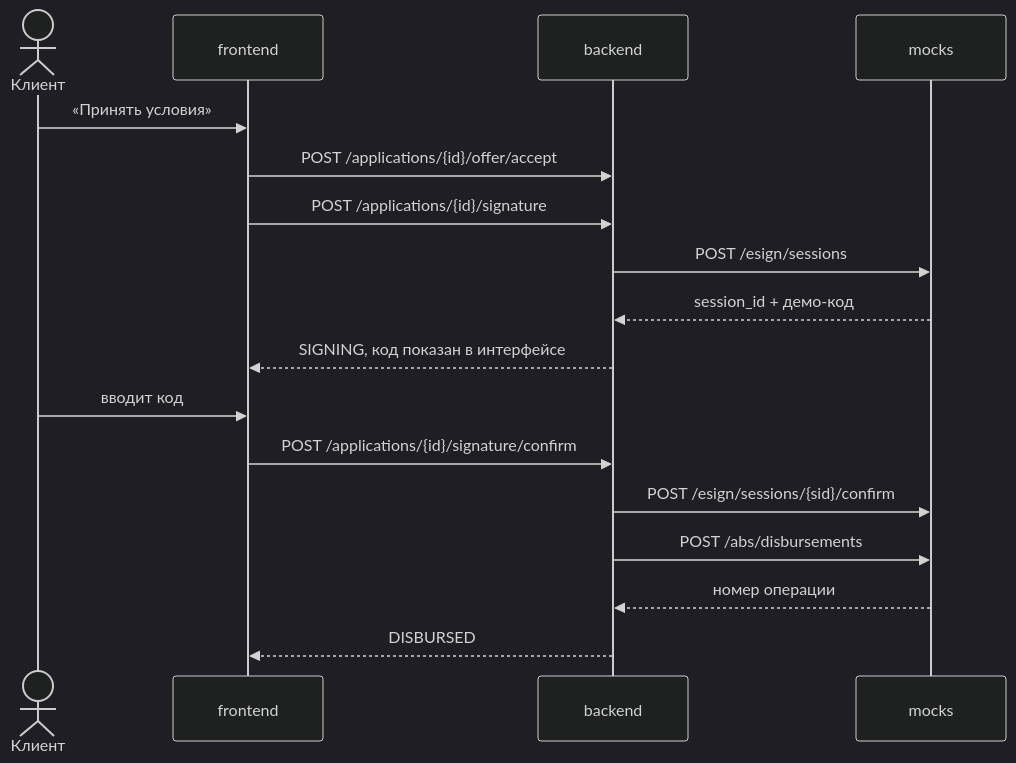
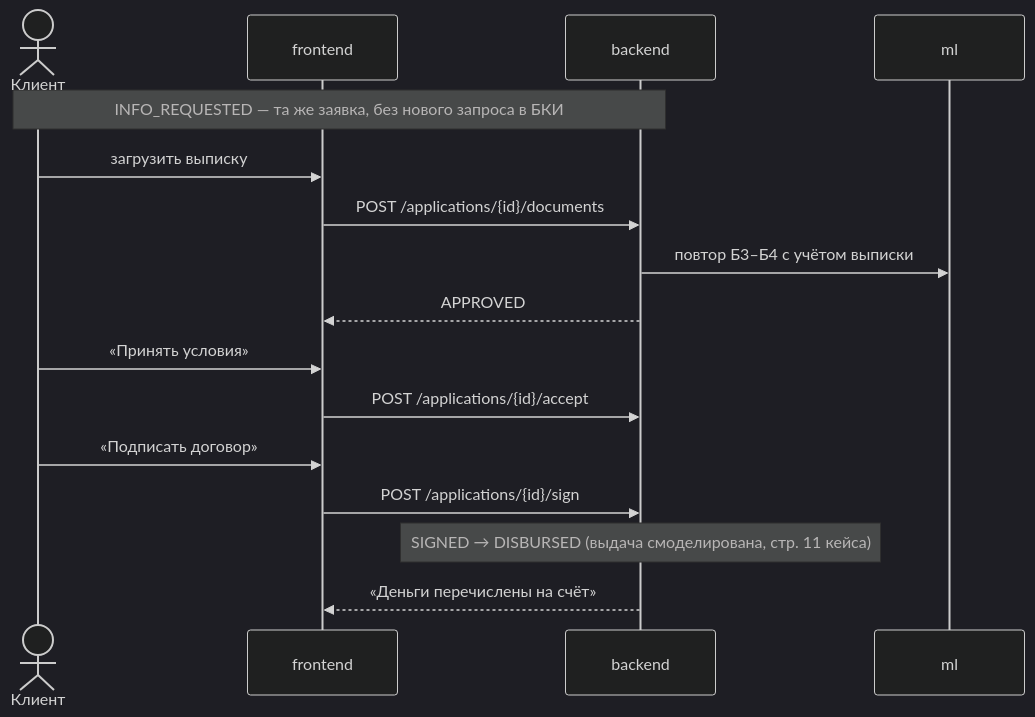
Before and after one commit to worker4556/smart-credit: the sixth of 7 diagrams in docs/architecture.md, drawn with Mermaid (dark theme). The commit also changed other lines of this file and 19 other files, not shown here.

````diff
--- a/docs/architecture.md
+++ b/docs/architecture.md
@@ -196,20 +198,19 @@
 ```mermaid
 sequenceDiagram
     actor C as Клиент
     participant FE as frontend
     participant BE as backend
-    participant MK as mocks
+    participant ML as ml
 
+    Note over C,BE: INFO_REQUESTED — та же заявка, без нового запроса в БКИ
+    C->>FE: загрузить выписку
+    FE->>BE: POST /applications/{id}/documents
+    BE->>ML: повтор Б3–Б4 с учётом выписки
+    BE-->>FE: APPROVED
     C->>FE: «Принять условия»
-    FE->>BE: POST /applications/{id}/offer/accept
-    FE->>BE: POST /applications/{id}/signature
-    BE->>MK: POST /esign/sessions
-    MK-->>BE: session_id + демо-код
-    BE-->>FE: SIGNING, код показан в интерфейсе
-    C->>FE: вводит код
-    FE->>BE: POST /applications/{id}/signature/confirm
-    BE->>MK: POST /esign/sessions/{sid}/confirm
-    BE->>MK: POST /abs/disbursements
-    MK-->>BE: номер операции
-    BE-->>FE: DISBURSED
+    FE->>BE: POST /applications/{id}/accept
+    C->>FE: «Подписать договор»
+    FE->>BE: POST /applications/{id}/sign
+    Note over BE: SIGNED → DISBURSED (выдача смоделирована, стр. 11 кейса)
+    BE-->>FE: «Деньги перечислены на счёт»
 ```
````
